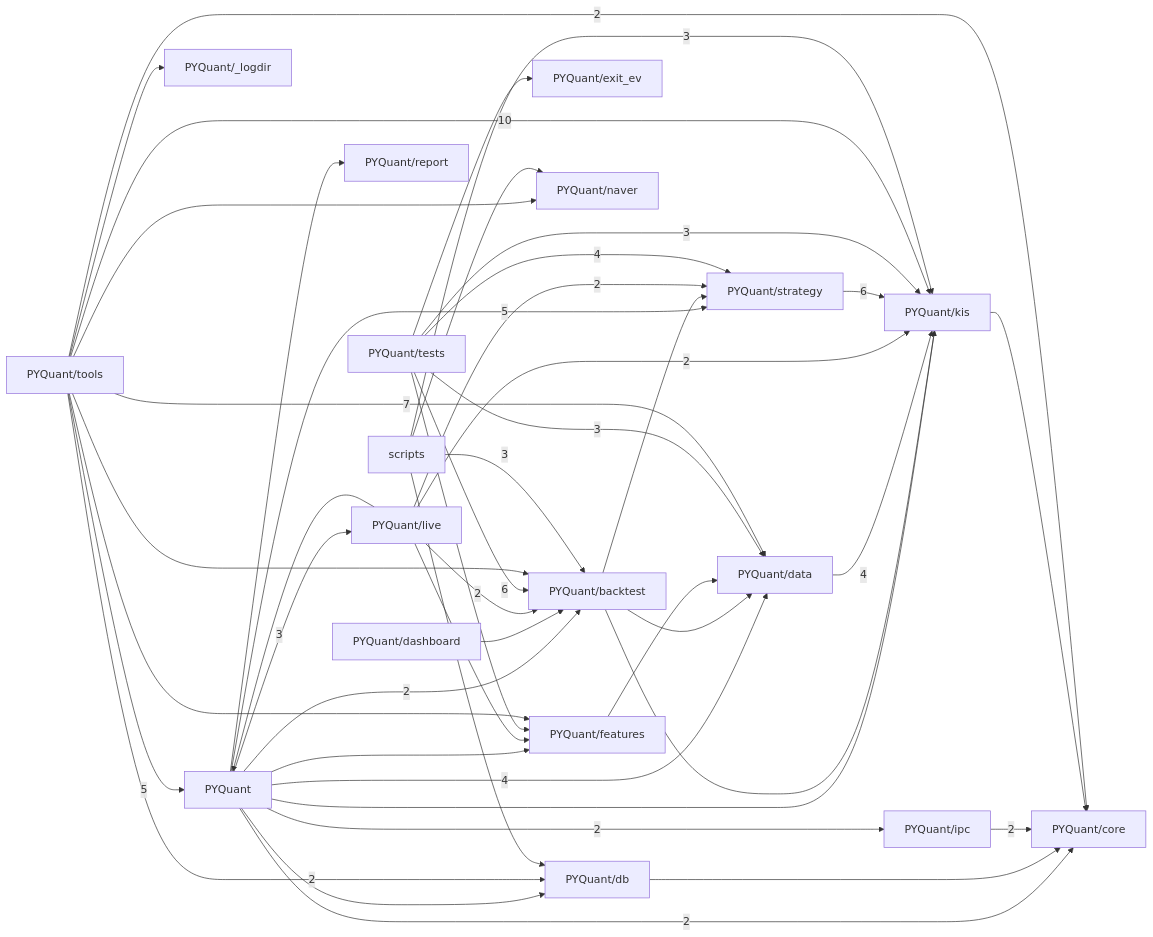
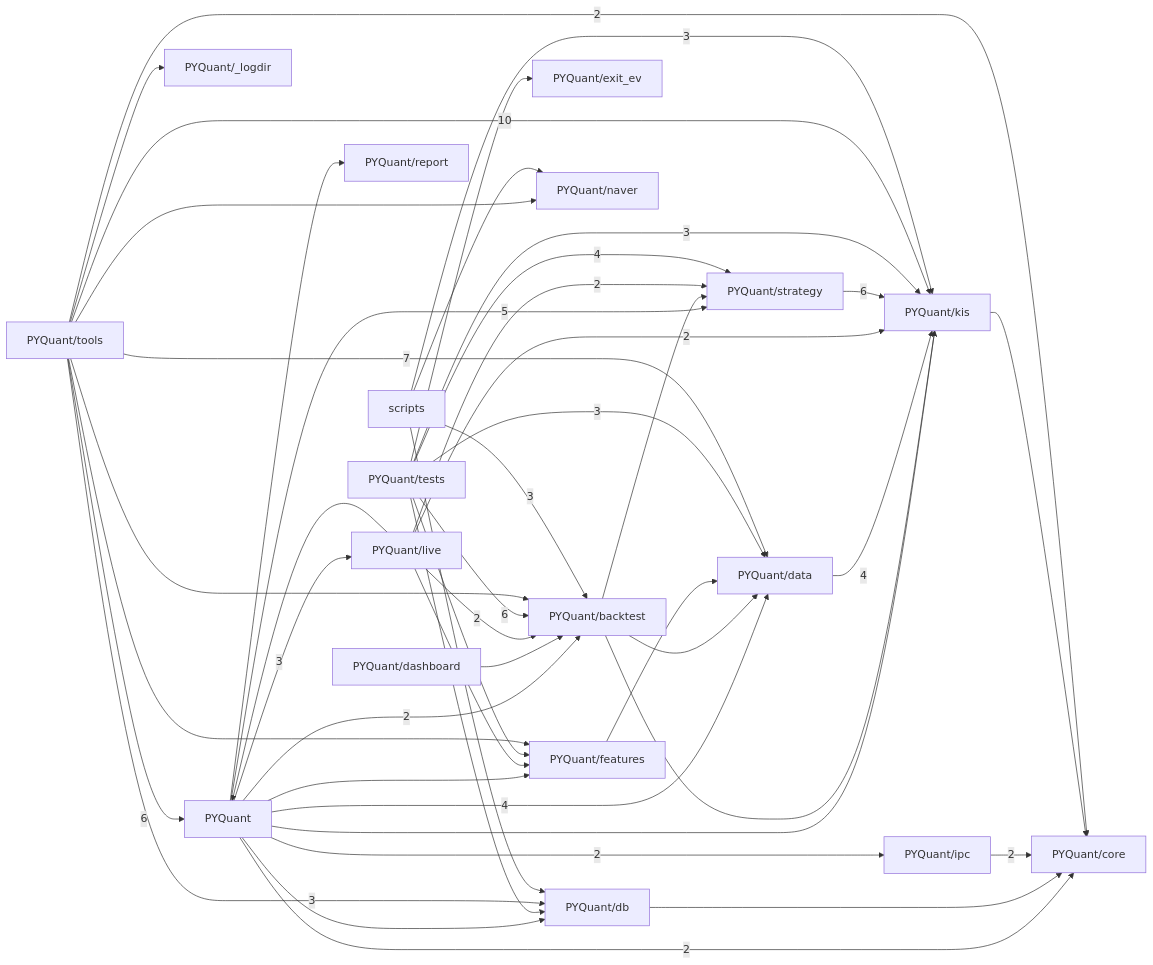
The third of 3 diagrams in docs/CODE_GRAPH.md (pypy8171/Quant), drawn with Mermaid before and after one commit. The commit also changed other lines of this file and 9 other files, not shown here.

````diff
--- a/docs/CODE_GRAPH.md
+++ b/docs/CODE_GRAPH.md
@@ -811,65 +811,66 @@
 ```mermaid
 graph LR
   p_PYQuant["PYQuant"]
   p_PYQuant__logdir["PYQuant/_logdir"]
   p_PYQuant_backtest["PYQuant/backtest"]
   p_PYQuant_core["PYQuant/core"]
   p_PYQuant_dashboard["PYQuant/dashboard"]
   p_PYQuant_data["PYQuant/data"]
   p_PYQuant_db["PYQuant/db"]
   p_PYQuant_exit_ev["PYQuant/exit_ev"]
   p_PYQuant_features["PYQuant/features"]
   p_PYQuant_ipc["PYQuant/ipc"]
   p_PYQuant_kis["PYQuant/kis"]
   p_PYQuant_live["PYQuant/live"]
   p_PYQuant_naver["PYQuant/naver"]
   p_PYQuant_report["PYQuant/report"]
   p_PYQuant_strategy["PYQuant/strategy"]
   p_PYQuant_tests["PYQuant/tests"]
   p_PYQuant_tools["PYQuant/tools"]
   p_scripts["scripts"]
   p_PYQuant -->|2| p_PYQuant_backtest
   p_PYQuant -->|2| p_PYQuant_core
   p_PYQuant -->|4| p_PYQuant_data
   p_PYQuant --> p_PYQuant_db
   p_PYQuant --> p_PYQuant_features
   p_PYQuant -->|2| p_PYQuant_ipc
   p_PYQuant --> p_PYQuant_kis
   p_PYQuant -->|3| p_PYQuant_live
   p_PYQuant --> p_PYQuant_report
   p_PYQuant -->|5| p_PYQuant_strategy
   p_PYQuant_backtest --> p_PYQuant_data
   p_PYQuant_backtest --> p_PYQuant_kis
   p_PYQuant_backtest --> p_PYQuant_strategy
   p_PYQuant_dashboard --> p_PYQuant_backtest
   p_PYQuant_data -->|4| p_PYQuant_kis
   p_PYQuant_db --> p_PYQuant_core
   p_PYQuant_features --> p_PYQuant_data
   p_PYQuant_ipc -->|2| p_PYQuant_core
   p_PYQuant_kis --> p_PYQuant_core
   p_PYQuant_live --> p_PYQuant
   p_PYQuant_live -->|2| p_PYQuant_backtest
   p_PYQuant_live --> p_PYQuant_features
   p_PYQuant_live -->|2| p_PYQuant_kis
   p_PYQuant_live -->|2| p_PYQuant_strategy
   p_PYQuant_strategy -->|6| p_PYQuant_kis
   p_PYQuant_tests -->|6| p_PYQuant_backtest
   p_PYQuant_tests -->|3| p_PYQuant_data
+  p_PYQuant_tests --> p_PYQuant_db
   p_PYQuant_tests --> p_PYQuant_exit_ev
   p_PYQuant_tests --> p_PYQuant_features
   p_PYQuant_tests -->|3| p_PYQuant_kis
   p_PYQuant_tests -->|4| p_PYQuant_strategy
-  p_PYQuant_tools -->|5| p_PYQuant
+  p_PYQuant_tools -->|6| p_PYQuant
   p_PYQuant_tools --> p_PYQuant__logdir
   p_PYQuant_tools --> p_PYQuant_backtest
   p_PYQuant_tools -->|2| p_PYQuant_core
   p_PYQuant_tools -->|7| p_PYQuant_data
-  p_PYQuant_tools -->|2| p_PYQuant_db
+  p_PYQuant_tools -->|3| p_PYQuant_db
   p_PYQuant_tools --> p_PYQuant_features
   p_PYQuant_tools -->|10| p_PYQuant_kis
   p_PYQuant_tools --> p_PYQuant_naver
   p_scripts -->|3| p_PYQuant_backtest
   p_scripts --> p_PYQuant_db
   p_scripts -->|3| p_PYQuant_kis
   p_scripts --> p_PYQuant_naver
 ```
````
